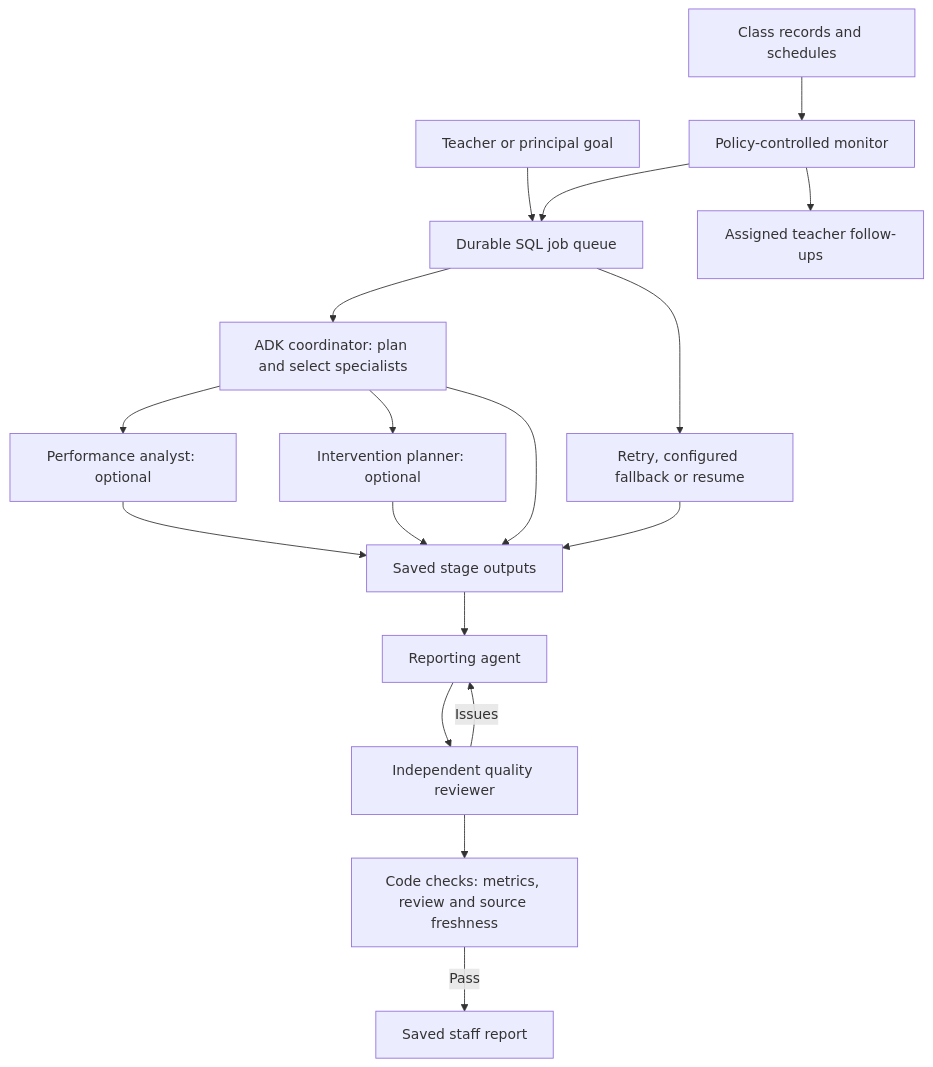
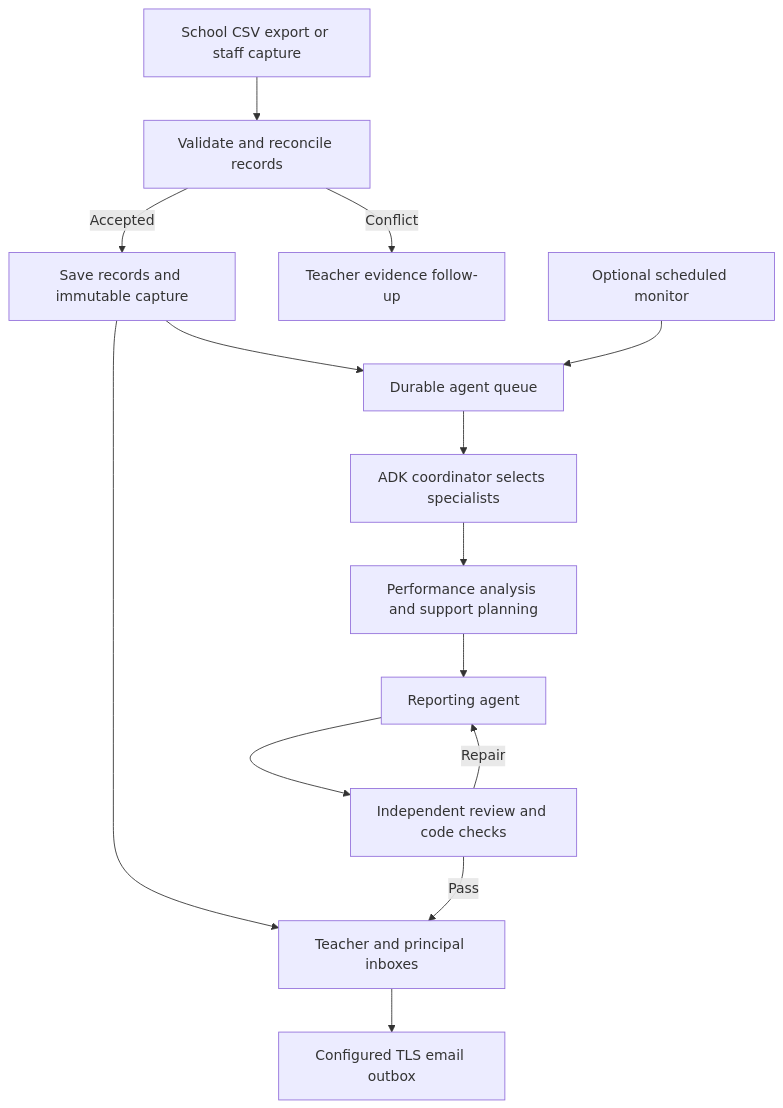
The diagram in docs/architecture.md (OagengKunene/Digital-Performance-Administrator-Employee), drawn with Mermaid before and after one commit. The commit also changed other lines of this file and 26 other files, not shown here.

First line of the commit message:
Automatically capture, evaluate and deliver school performance reports

````diff
--- a/docs/architecture.md
+++ b/docs/architecture.md
@@ -7,20 +7,16 @@
 ```mermaid
 flowchart TD
-  Records["Class records and schedules"] --> Monitor["Policy-controlled monitor"]
-  Staff["Teacher or principal goal"] --> Queue["Durable SQL job queue"]
-  Monitor --> Follow["Assigned teacher follow-ups"]
-  Monitor --> Queue
-  Queue --> Planner["ADK coordinator: plan and select specialists"]
-  Planner --> Analyst["Performance analyst: optional"]
-  Planner --> Support["Intervention planner: optional"]
-  Analyst --> Saved["Saved stage outputs"]
-  Support --> Saved
-  Planner --> Saved
-  Saved --> Reporter["Reporting agent"]
-  Reporter --> Reviewer["Independent quality reviewer"]
-  Reviewer -->|Issues| Reporter
-  Reviewer --> Gate["Code checks: metrics, review and source freshness"]
-  Gate -->|Pass| Report["Saved staff report"]
-  Queue --> Recovery["Retry, configured fallback or resume"]
-  Recovery --> Saved
+  Source["School CSV export or staff capture"] --> Validate["Validate and reconcile records"]
+  Validate -->|Accepted| Capture["Save records and immutable capture"]
+  Validate -->|Conflict| Exception["Teacher evidence follow-up"]
+  Capture --> Inbox["Teacher and principal inboxes"]
+  Capture --> Queue["Durable agent queue"]
+  Monitor["Optional scheduled monitor"] --> Queue
+  Queue --> Plan["ADK coordinator selects specialists"]
+  Plan --> Specialists["Performance analysis and support planning"]
+  Specialists --> Report["Reporting agent"]
+  Report --> Review["Independent review and code checks"]
+  Review -->|Repair| Report
+  Review -->|Pass| Inbox
+  Inbox --> Email["Configured TLS email outbox"]
 ```
````
